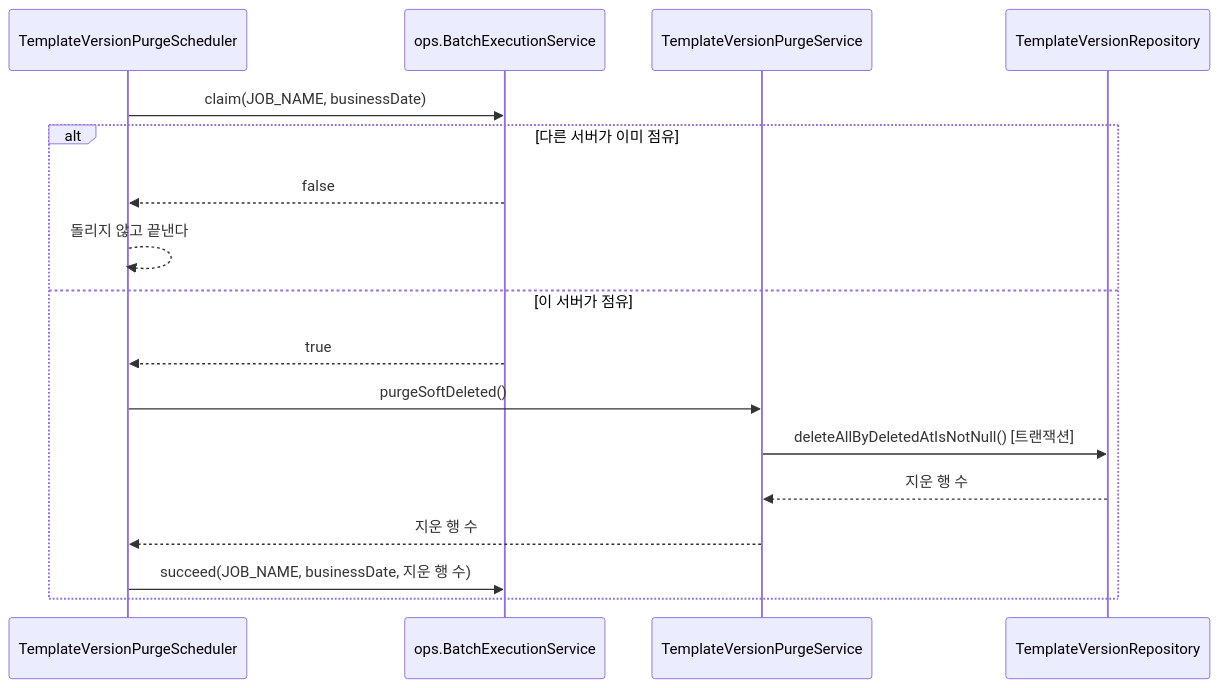
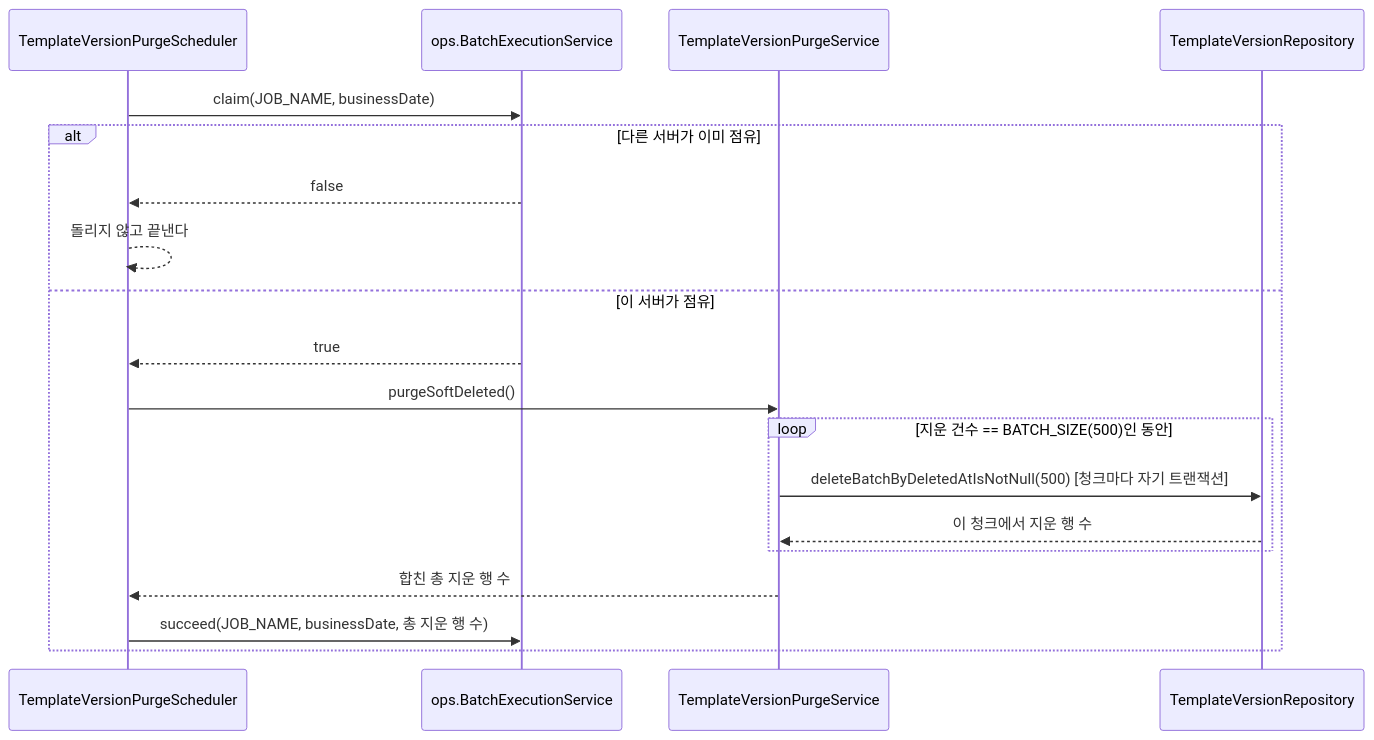
The second of 2 diagrams in docs/design/campaign/template_구조와_동작_설계.md (lunch-catch/lc-backend), drawn with Mermaid before and after one commit. The commit also changed other lines of this file and 4 other files, not shown here.

````diff
--- a/docs/design/campaign/template_구조와_동작_설계.md
+++ b/docs/design/campaign/template_구조와_동작_설계.md
@@ -84,20 +89,22 @@
 ```mermaid
 sequenceDiagram
     participant Sch as TemplateVersionPurgeScheduler
     participant Exec as ops.BatchExecutionService
     participant Svc as TemplateVersionPurgeService
     participant Repo as TemplateVersionRepository
 
     Sch->>Exec: claim(JOB_NAME, businessDate)
     alt 다른 서버가 이미 점유
         Exec-->>Sch: false
         Sch-->>Sch: 돌리지 않고 끝낸다
     else 이 서버가 점유
         Exec-->>Sch: true
         Sch->>Svc: purgeSoftDeleted()
-        Svc->>Repo: deleteAllByDeletedAtIsNotNull() [트랜잭션]
-        Repo-->>Svc: 지운 행 수
-        Svc-->>Sch: 지운 행 수
-        Sch->>Exec: succeed(JOB_NAME, businessDate, 지운 행 수)
+        loop 지운 건수 == BATCH_SIZE(500)인 동안
+            Svc->>Repo: deleteBatchByDeletedAtIsNotNull(500) [청크마다 자기 트랜잭션]
+            Repo-->>Svc: 이 청크에서 지운 행 수
+        end
+        Svc-->>Sch: 합친 총 지운 행 수
+        Sch->>Exec: succeed(JOB_NAME, businessDate, 총 지운 행 수)
     end
 ```
````
